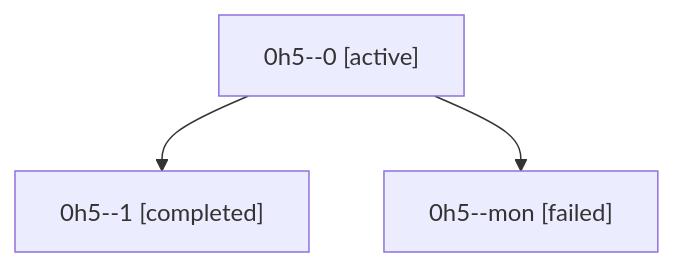
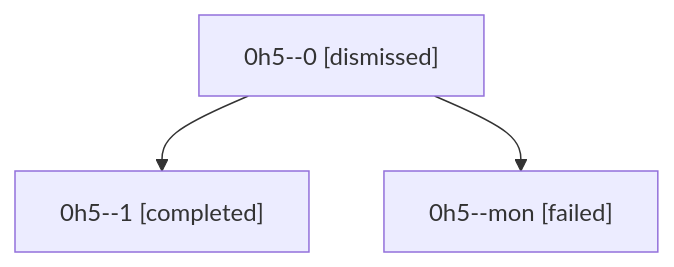
Before and after one commit to sase-org/sase--agents: the diagram in sessions/bbugyi200.athena.0h5.md, drawn with Mermaid. The commit also changed other lines of this file and 24 other files, not shown here.

````diff
--- a/sessions/bbugyi200.athena.0h5.md
+++ b/sessions/bbugyi200.athena.0h5.md
@@ -9,8 +9,8 @@
 ```mermaid
 flowchart TD
-  n0["0h5--0 [active]"]
+  n0["0h5--0 [dismissed]"]
   n1["0h5--1 [completed]"]
   n0 --> n1
   n2["0h5--mon [failed]"]
   n0 --> n2
 ```
````
